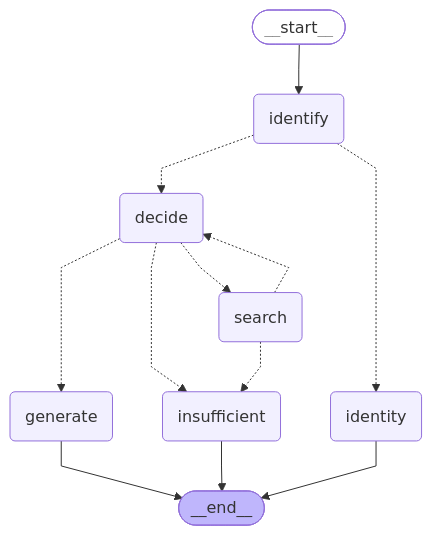
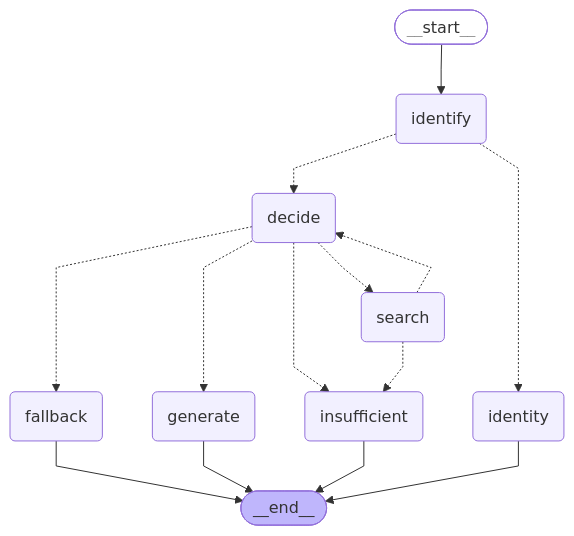
One commit to QuentinElGuay/portfolio-ai-tour-guide changed the diagram in docs/diagrams/chat-graph.mmd. Above: the diagram before and after it, drawn with Mermaid. The commit also changed 102 other files, not shown here.

```diff
--- a/docs/diagrams/chat-graph.mmd
+++ b/docs/diagrams/chat-graph.mmd
@@ -1,28 +1,31 @@
 ---
 config:
   flowchart:
     curve: linear
 ---
 graph TD;
 	__start__([<p>__start__</p>]):::first
 	identify(identify)
 	identity(identity)
 	decide(decide)
 	search(search)
 	generate(generate)
+	fallback(fallback)
 	insufficient(insufficient)
 	__end__([<p>__end__</p>]):::last
 	__start__ --> identify;
+	decide -.-> fallback;
 	decide -.-> generate;
 	decide -.-> insufficient;
 	decide -.-> search;
 	identify -.-> decide;
 	identify -.-> identity;
 	search -.-> decide;
 	search -.-> insufficient;
+	fallback --> __end__;
 	generate --> __end__;
 	identity --> __end__;
 	insufficient --> __end__;
 	classDef default fill:#f2f0ff,line-height:1.2
 	classDef first fill-opacity:0
 	classDef last fill:#bfb6fc
```
